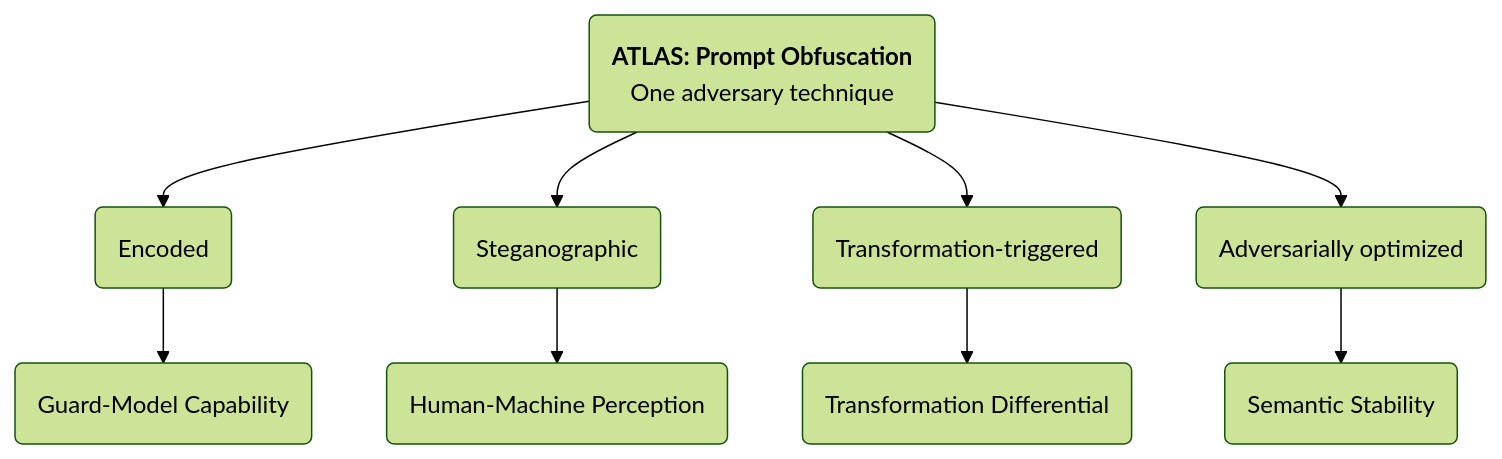
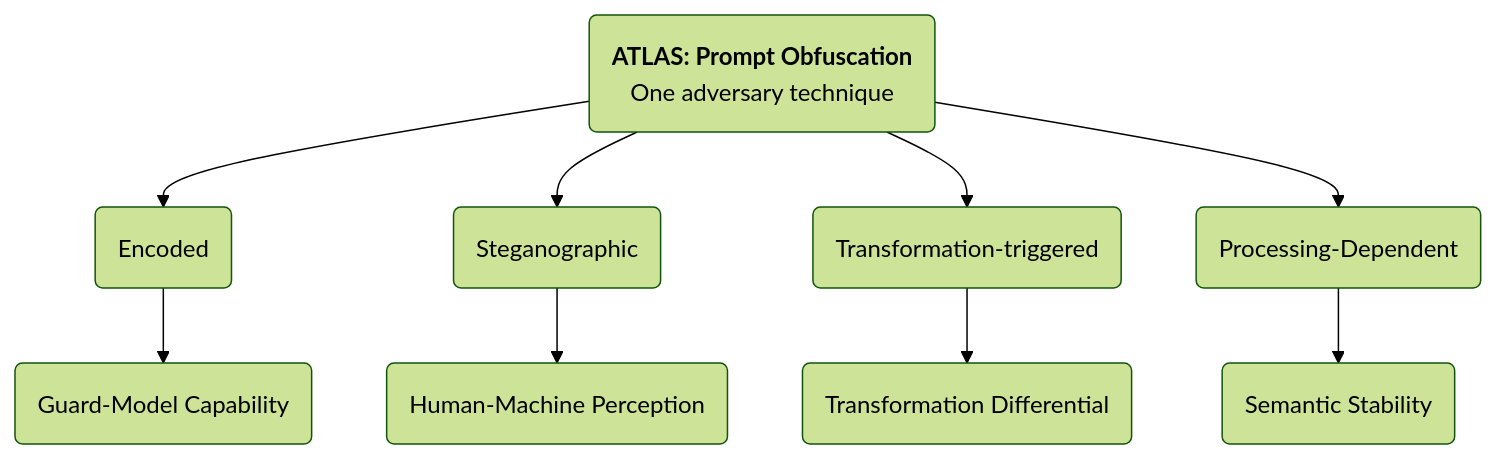
The third of 4 diagrams in whitepapers/modality_agnostic_taxonomy.md (cosai-oasis/ws4-secure-design-agentic-systems), drawn with Mermaid (forest theme) before and after one commit. The commit also changed other lines of this file, not shown here.

````diff
--- a/whitepapers/modality_agnostic_taxonomy.md
+++ b/whitepapers/modality_agnostic_taxonomy.md
@@ -343,15 +360,15 @@
 ```mermaid
 %%{init: {"flowchart": {"wrappingWidth": 300}}}%%
 flowchart TB
     ATLAS("<b>ATLAS: Prompt Obfuscation</b><br/>One adversary technique")
 
     ATLAS --> E("Encoded")
     ATLAS --> ST("Steganographic")
     ATLAS --> TT("Transformation-triggered")
-    ATLAS --> AO("Adversarially optimized")
+    ATLAS --> PD("Processing-Dependent")
 
     E --> GM("Guard-Model Capability")
     ST --> HM("Human-Machine Perception")
     TT --> TD("Transformation Differential")
-    AO --> SS("Semantic Stability")
+    PD --> SS("Semantic Stability")
 ```
````
